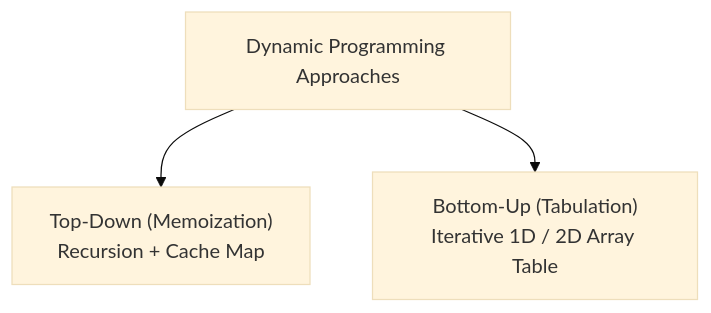
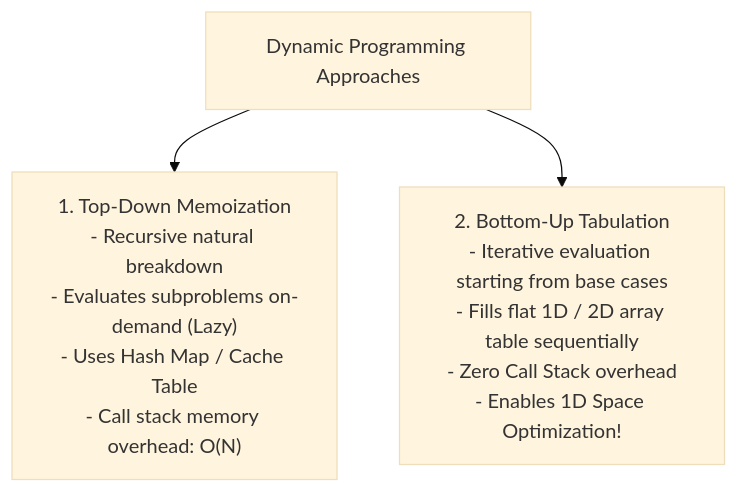
One commit to Amie-dev/engineering-playbook changed the first of 2 diagrams in js-dsa/21-dynamic-programming.md. Above: the diagram before and after it, drawn with Mermaid (base theme). The commit also changed other lines of this file and 24 other files, not shown here.

````diff
--- a/js-dsa/21-dynamic-programming.md
+++ b/js-dsa/21-dynamic-programming.md
@@ -10,5 +15,6 @@
 ```mermaid
-graph TD
-    DP[Dynamic Programming Approaches] --> TopDown["Top-Down (Memoization)<br/>Recursion + Cache Map"]
-    DP --> BottomUp["Bottom-Up (Tabulation)<br/>Iterative 1D / 2D Array Table"]
+flowchart TD
+    DPApproaches[Dynamic Programming Approaches] --> TopDown["1. Top-Down Memoization<br/>- Recursive natural breakdown<br/>- Evaluates subproblems on-demand (Lazy)<br/>- Uses Hash Map / Cache Table<br/>- Call stack memory overhead: O(N)"]
+
+    DPApproaches --> BottomUp["2. Bottom-Up Tabulation<br/>- Iterative evaluation starting from base cases<br/>- Fills flat 1D / 2D array table sequentially<br/>- Zero Call Stack overhead<br/>- Enables 1D Space Optimization!"]
 ```
````
